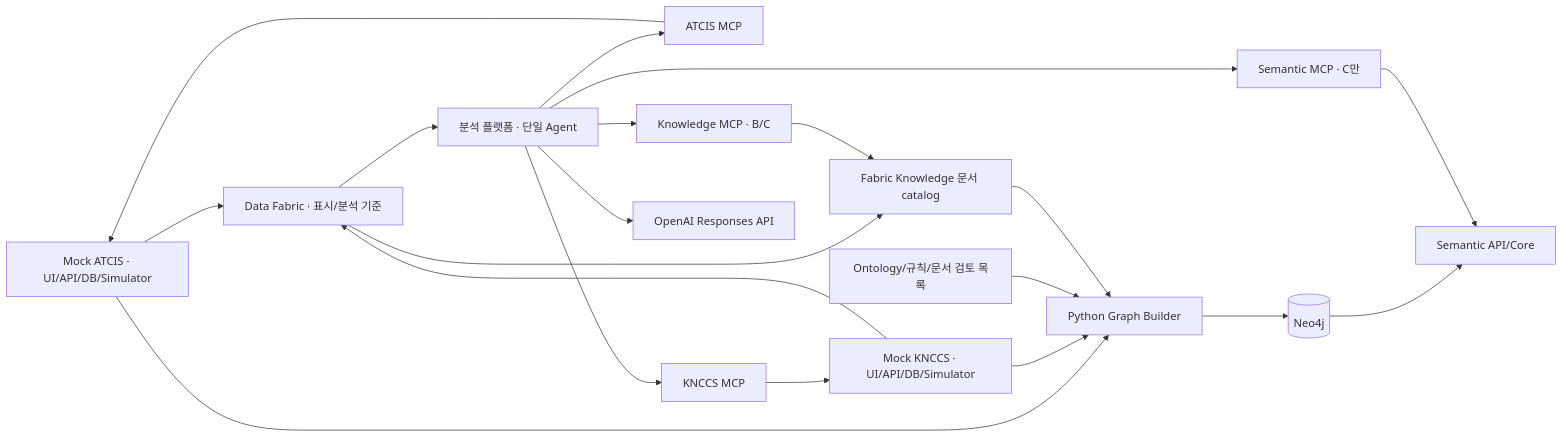
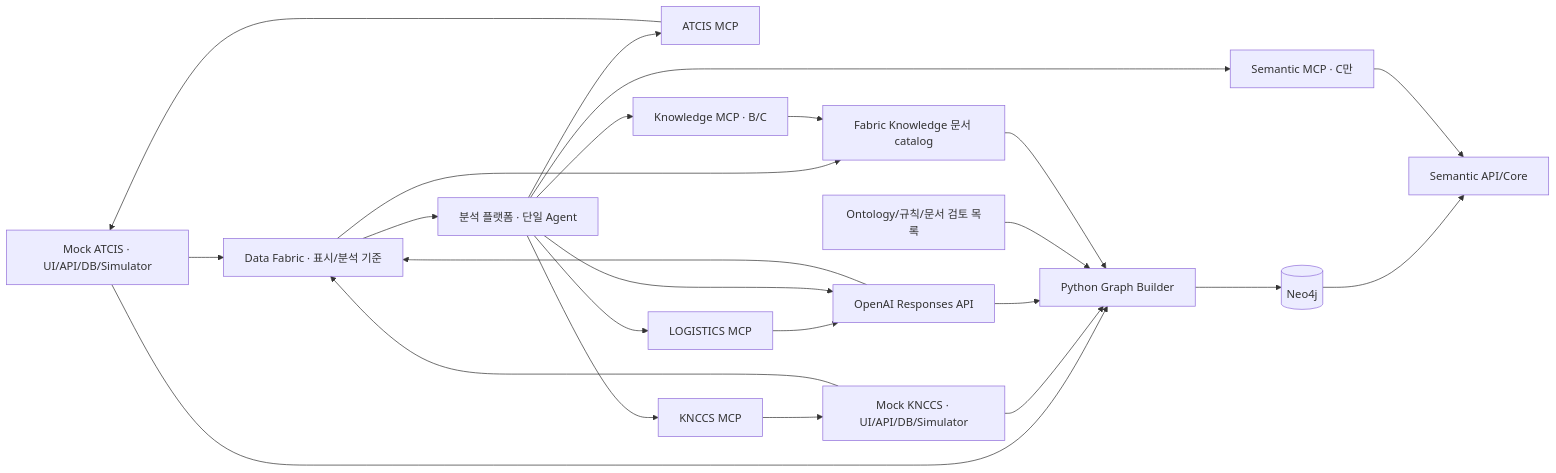
Before and after one commit to igeon-hws/battlefield-ai-platform-poc: the diagram in docs/ARCHITECTURE.md, drawn with Mermaid. The commit also changed other lines of this file and 87 other files, not shown here.

````diff
--- a/docs/ARCHITECTURE.md
+++ b/docs/ARCHITECTURE.md
@@ -7,22 +7,26 @@
 ```mermaid
 flowchart LR
   A[Mock ATCIS · UI/API/DB/Simulator] --> F[Data Fabric · 표시/분석 기준]
   N[Mock KNCCS · UI/API/DB/Simulator] --> F
+  L[Mock LOGISTICS · UI/API/DB/Simulator] --> F
   F --> P[분석 플랫폼 · 단일 Agent]
   P --> AM[ATCIS MCP]
   P --> NM[KNCCS MCP]
+  P --> LM[LOGISTICS MCP]
   AM --> A
   NM --> N
+  LM --> L
   A --> B[Python Graph Builder]
   N --> B
+  L --> B
   O[Ontology/규칙/문서 검토 목록] --> B
   B --> G[(Neo4j)]
   G --> S[Semantic API/Core]
   F --> K[Fabric Knowledge 문서 catalog]
   P --> KM[Knowledge MCP · B/C]
   KM --> K
   K --> B
   P --> SM[Semantic MCP · C만]
   SM --> S
   P --> L[OpenAI Responses API]
 ```
````
